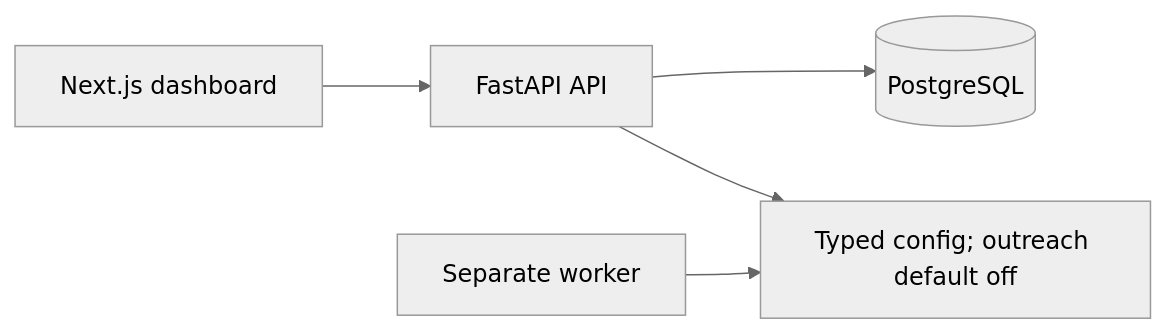
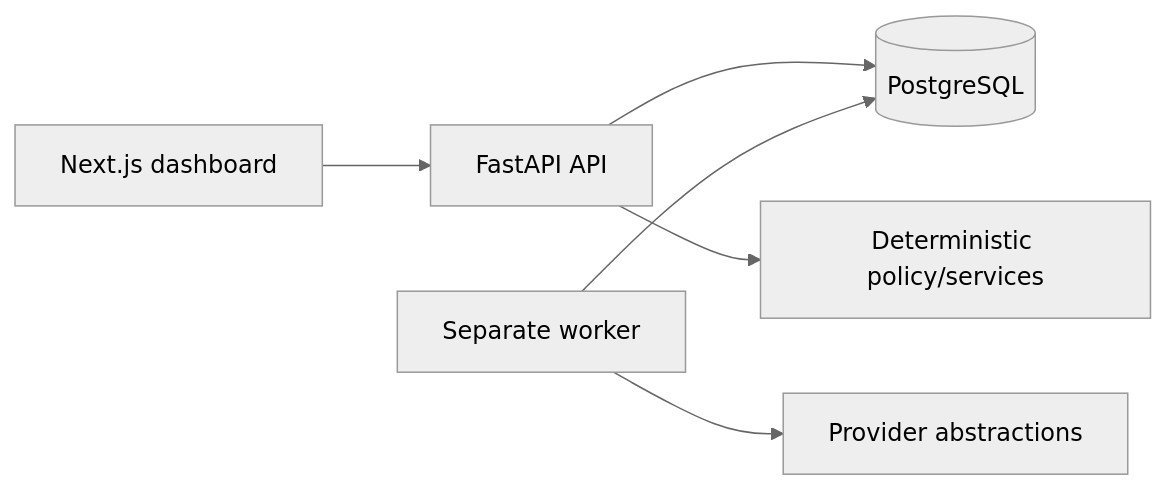
One commit to alonbenpro/alon-ai changed the diagram in README.md. Above: the diagram before and after it, drawn with Mermaid (neutral theme). The commit also changed other lines of this file, not shown here.

Commit message:
docs: describe cost-first pre-revenue roadmap

````diff
--- a/README.md
+++ b/README.md
@@ -19,7 +38,8 @@
 ```mermaid
 flowchart LR
     Dashboard["Next.js dashboard"] --> API["FastAPI API"]
     API --> DB[("PostgreSQL")]
-    Worker["Separate worker"] --> Config["Typed config; outreach default off"]
-    API --> Config
+    Worker["Separate worker"] --> DB
+    API --> Policy["Deterministic policy/services"]
+    Worker --> Providers["Provider abstractions"]
 ```
````
